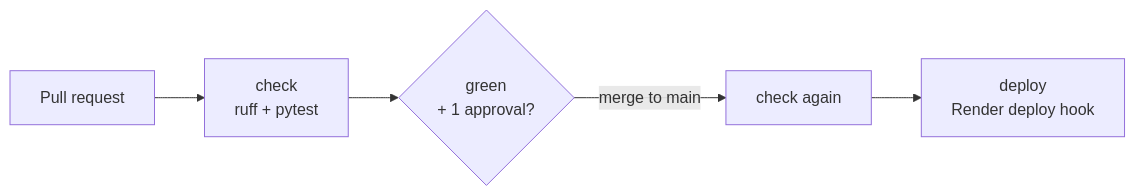
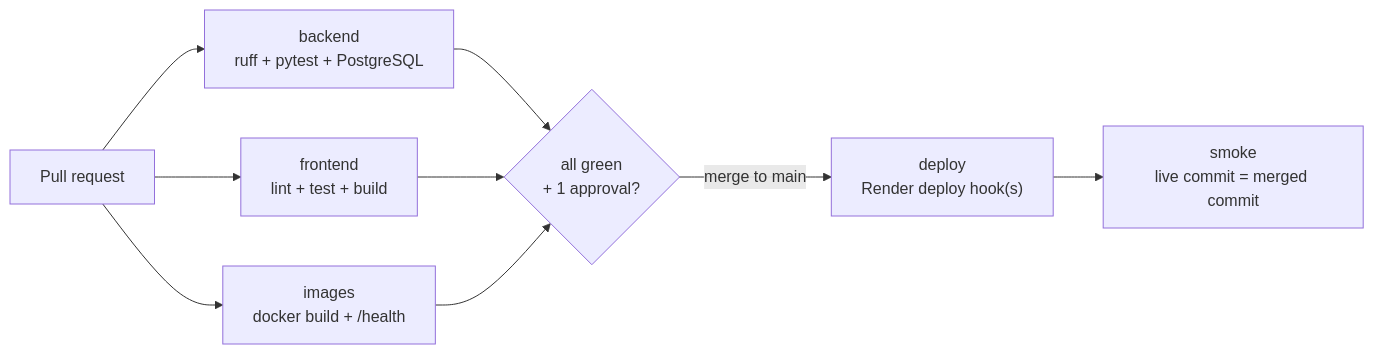
One commit to NeitLN/Fair-Share changed the second of 2 diagrams in README.md. Above: the diagram before and after it, drawn with Mermaid. The commit also changed other lines of this file and 2 other files, not shown here.

````diff
--- a/README.md
+++ b/README.md
@@ -222,7 +223,9 @@
 ```mermaid
 flowchart LR
-    PR["Pull request"] --> C["check<br/>ruff + pytest"]
-    C --> R{"green<br/>+ 1 approval?"}
-    R -- "merge to main" --> C2["check again"]
-    C2 --> D["deploy<br/>Render deploy hook"]
+    PR["Pull request"] --> B["backend<br/>ruff + pytest + PostgreSQL"]
+    PR --> F["frontend<br/>lint + test + build"]
+    PR --> I["images<br/>docker build + /health"]
+    B & F & I --> R{"all green<br/>+ 1 approval?"}
+    R -- "merge to main" --> D["deploy<br/>Render deploy hook(s)"]
+    D --> S["smoke<br/>live commit = merged commit"]
 ```
````
